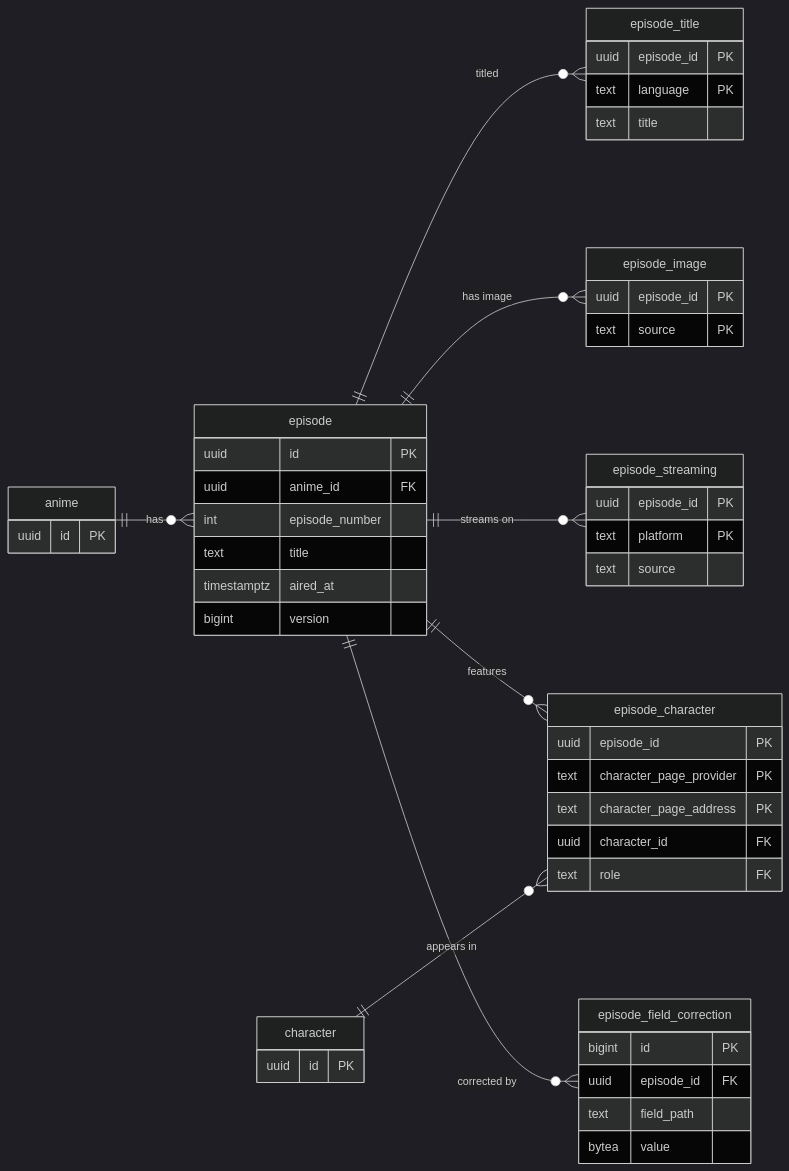
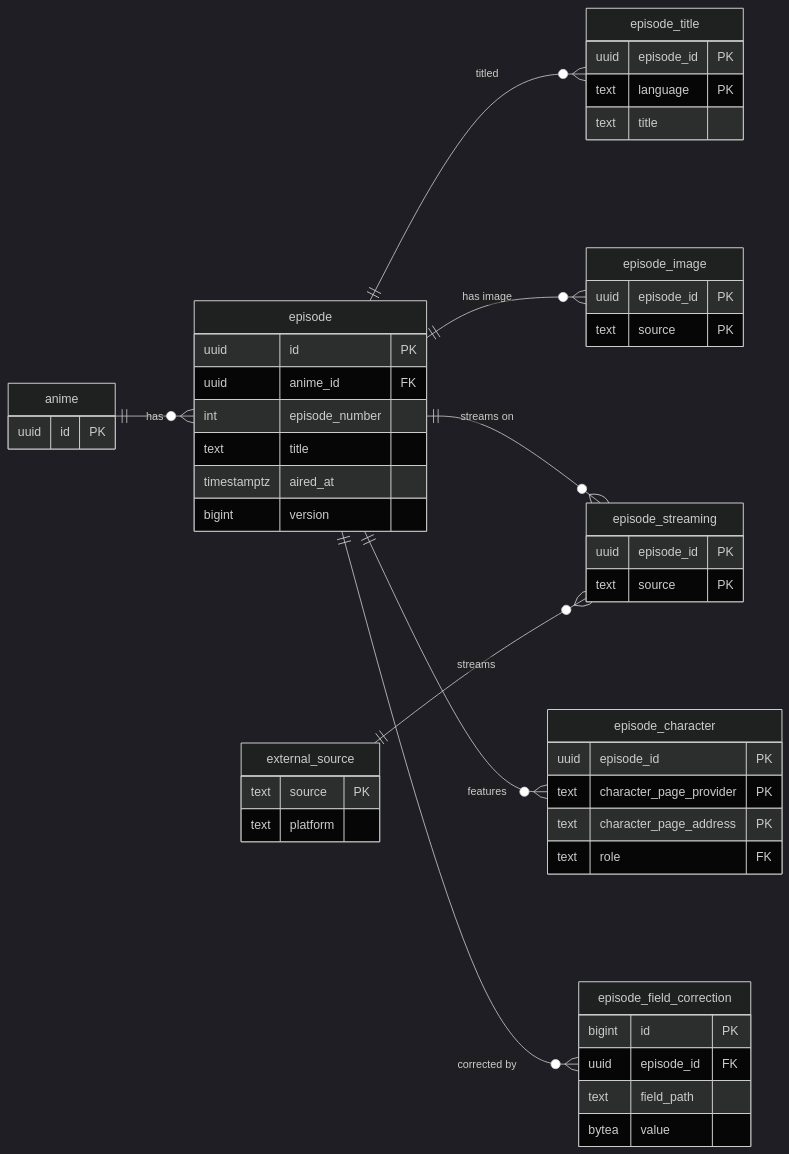
One commit to adnanaq/echora changed the fifth of 8 diagrams in docs/architecture/Database Schema.md. Above: the diagram before and after it, drawn with Mermaid (dark theme). The commit also changed other lines of this file and 265 other files, not shown here.

````diff
--- a/docs/architecture/Database Schema.md
+++ b/docs/architecture/Database Schema.md
@@ -280,53 +315,52 @@
 ```mermaid
 erDiagram
   direction LR
   anime ||--o{ episode : "has"
   episode ||--o{ episode_title : "titled"
   episode ||--o{ episode_image : "has image"
   episode ||--o{ episode_streaming : "streams on"
+  external_source ||--o{ episode_streaming : "streams"
   episode ||--o{ episode_character : "features"
-  character ||--o{ episode_character : "appears in"
   episode ||--o{ episode_field_correction : "corrected by"
 
   anime {
     uuid id PK
   }
   episode {
     uuid id PK
     uuid anime_id FK
     int episode_number
     text title
     timestamptz aired_at
     bigint version
   }
   episode_title {
     uuid episode_id PK
     text language PK
     text title
   }
   episode_image {
     uuid episode_id PK
     text source PK
   }
   episode_streaming {
     uuid episode_id PK
-    text platform PK
-    text source
+    text source PK
+  }
+  external_source {
+    text source PK
+    text platform
   }
   episode_character {
     uuid episode_id PK
     text character_page_provider PK
     text character_page_address PK
-    uuid character_id FK
     text role FK
-  }
-  character {
-    uuid id PK
   }
   episode_field_correction {
     bigint id PK
     uuid episode_id FK
     text field_path
     bytea value
   }
 ```
````
